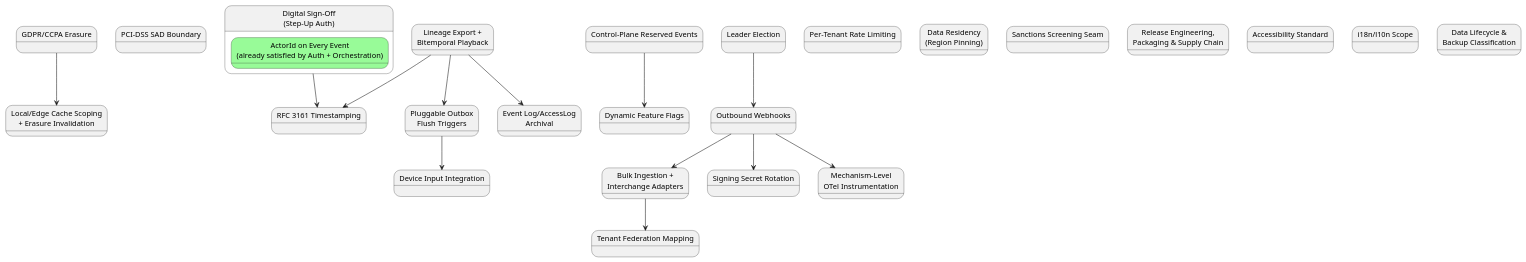
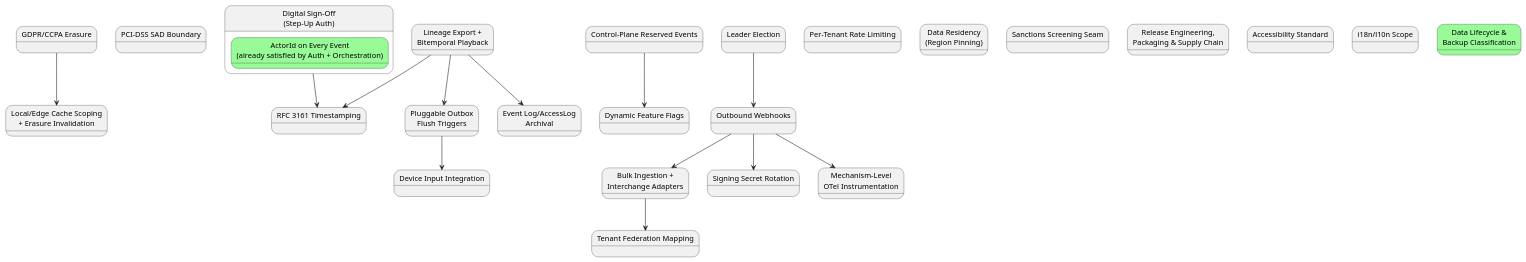
Before and after one commit to Mwwhited-BookLearning/EventSourcing: the second of 2 diagrams in docs/08-build-plan.md, drawn with PlantUML. The commit also changed other lines of this file and 8 other files, not shown here.

First line of the commit message:
Build Data Lifecycle & Backup/Restore Classification (build-plan item 25)

````diff
--- a/docs/08-build-plan.md
+++ b/docs/08-build-plan.md
@@ -321,43 +321,43 @@
 ```plantuml
 @startuml BuildPlan_Additions
 state "GDPR/CCPA Erasure" as a2
 state "PCI-DSS SAD Boundary" as a3
 state "Local/Edge Cache Scoping\n+ Erasure Invalidation" as a4
 state "Digital Sign-Off\n(Step-Up Auth)" as a5 {
   state "ActorId on Every Event\n(already satisfied by Auth + Orchestration)" as a1 #palegreen
 }
 state "Control-Plane Reserved Events" as a6
 state "Dynamic Feature Flags" as a7
 state "Leader Election" as a8
 state "Per-Tenant Rate Limiting" as a9
 state "Outbound Webhooks" as a10
 state "Data Residency\n(Region Pinning)" as a11
 state "Tenant Federation Mapping" as a12
 state "Bulk Ingestion +\nInterchange Adapters" as a13
 state "Sanctions Screening Seam" as a14
 state "Release Engineering,\nPackaging & Supply Chain" as a15
 state "Signing Secret Rotation" as a16
 state "Lineage Export +\nBitemporal Playback" as a17
 state "RFC 3161 Timestamping" as a18
 state "Pluggable Outbox\nFlush Triggers" as a19
 state "Device Input Integration" as a20
 state "Accessibility Standard" as a21
 state "i18n/l10n Scope" as a22
 state "Mechanism-Level\nOTel Instrumentation" as a23
 state "Event Log/AccessLog\nArchival" as a24
-state "Data Lifecycle &\nBackup Classification" as a25
+state "Data Lifecycle &\nBackup Classification" as a25 #palegreen
 
 a2 --> a4
 a6 --> a7
 a8 --> a10
 a10 --> a13
 a10 --> a16
 a13 --> a12
 a5 --> a18
 a17 --> a18
 a17 --> a19
 a19 --> a20
 a17 --> a24
 a10 --> a23
 @enduml
 ```
````
